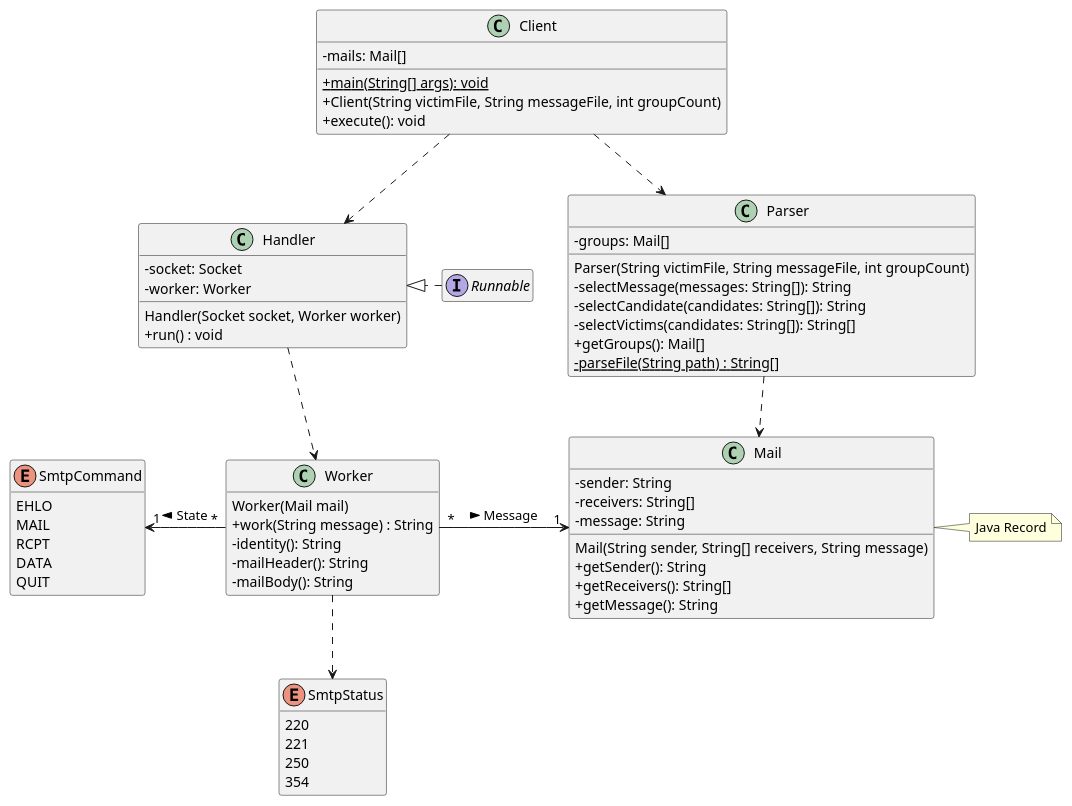
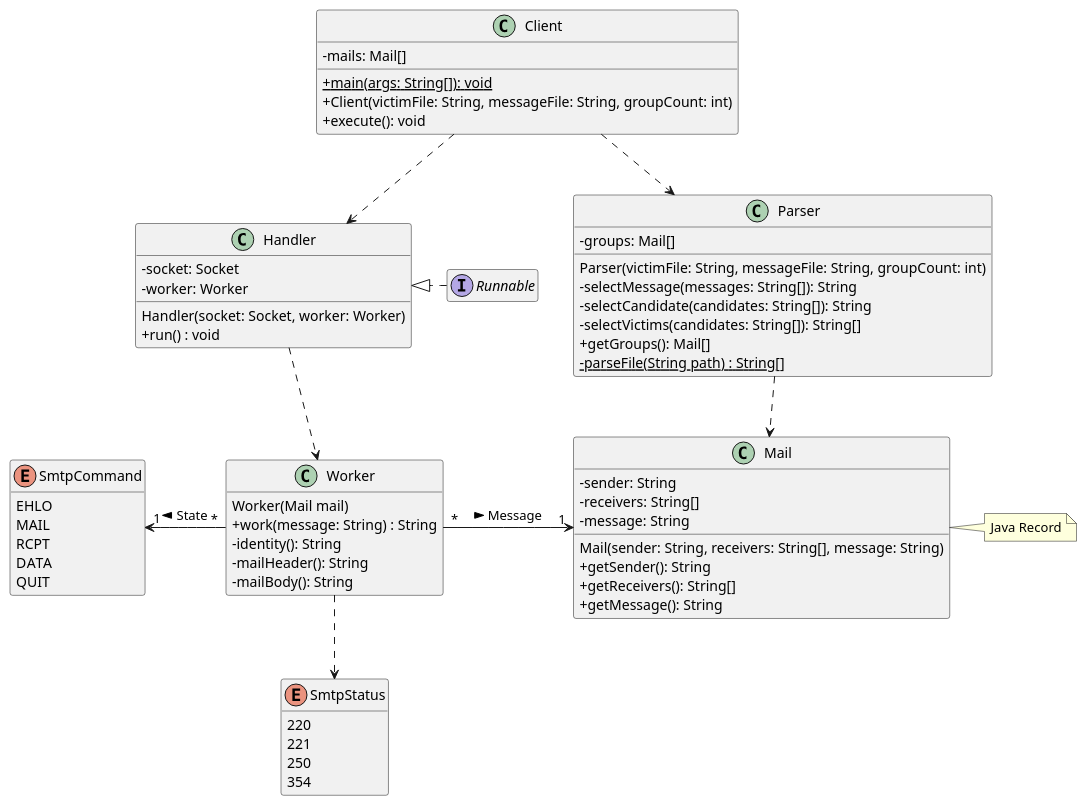
Before and after one commit to a-mango/dai-lab-smtp: the diagram in doc/class_diagram.puml, drawn with PlantUML. The commit also changed 2 other files, not shown here.

Commit message:
fix: constructor nomenclature on class diagram

```diff
--- a/doc/class_diagram.puml
+++ b/doc/class_diagram.puml
@@ -1,78 +1,78 @@
 @startuml
 'https://plantuml.com/class-diagram
 skinparam classAttributeIconSize 0
 skinparam groupInheritance 3
 hide empty methods
 hide empty members
 
 class Client {
-    {static} + main(String[] args): void
+    {static} + main(args: String[]): void
     - mails: Mail[]
-    + Client(String victimFile, String messageFile, int groupCount)
+    + Client(victimFile: String, messageFile: String, groupCount: int)
     + execute(): void
 }
 
 class Handler {
     - socket: Socket
     - worker: Worker
-    Handler(Socket socket, Worker worker)
+    Handler(socket: Socket, worker: Worker)
     + run() : void
 }
 
 class Worker {
     Worker(Mail mail)
-    + work(String message) : String
+    + work(message: String) : String
     - identity(): String
     - mailHeader(): String
     - mailBody(): String
 }
 
 enum SmtpCommand {
     EHLO
     MAIL
     RCPT
     DATA
     QUIT
 }
 
 enum SmtpStatus {
     220
     221
     250
     354
 }
 
 class Parser {
     - groups: Mail[]
-    Parser(String victimFile, String messageFile, int groupCount)
+    Parser(victimFile: String, messageFile: String, groupCount: int)
     - selectMessage(messages: String[]): String
     - selectCandidate(candidates: String[]): String
     - selectVictims(candidates: String[]): String[]
     + getGroups(): Mail[]
     {static} - parseFile(String path) : String[]
 }
 
 class Mail {
     - sender: String
     - receivers: String[]
     - message: String
-    Mail(String sender, String[] receivers, String message)
+    Mail(sender: String, receivers: String[], message: String)
     + getSender(): String
     + getReceivers(): String[]
     + getMessage(): String
 }
 
 note right of Mail: Java Record
 
 
 interface Runnable
 
 Client ..> Handler
 Client ..> Parser
 Handler .down.> Worker
 Runnable .right.|> Handler
 Parser ..> Mail
 Worker "*" -right-> "1" Mail : "Message >"
 Worker "*" -left-> "1" SmtpCommand : "State >"
 Worker .down.> SmtpStatus
 @enduml
```
